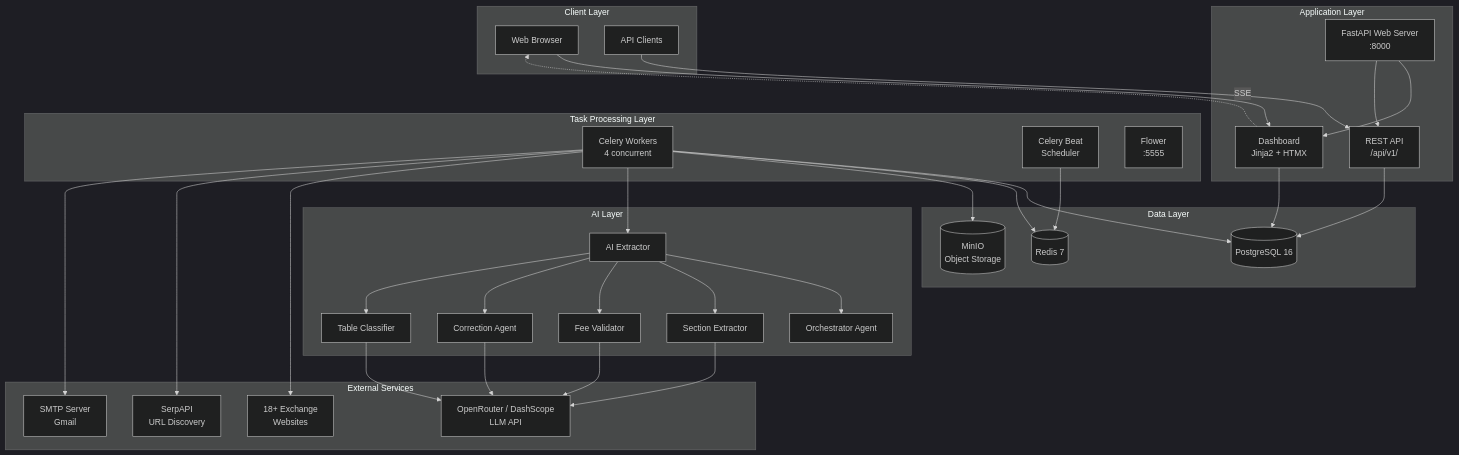
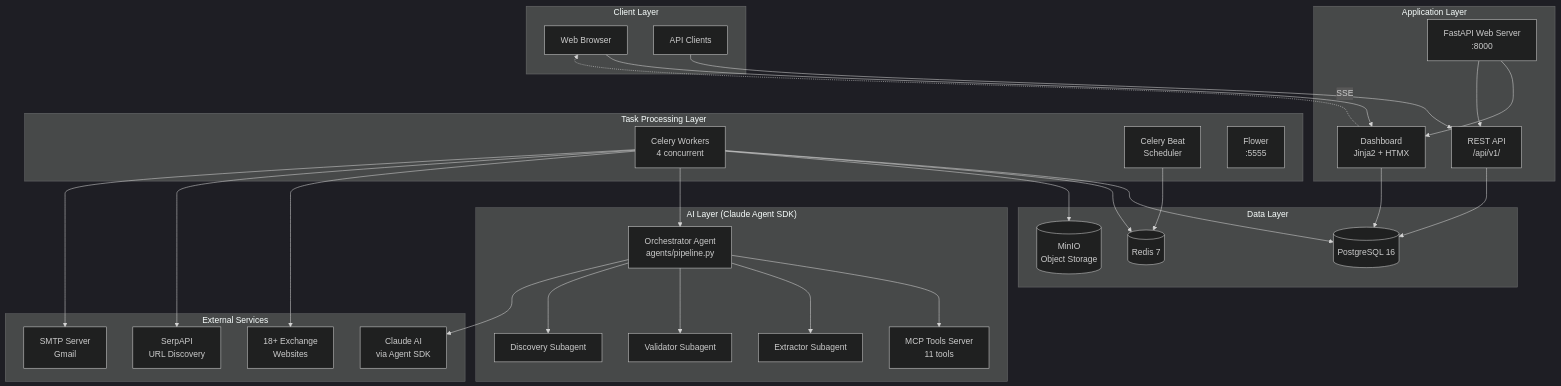
Before and after one commit to seoyds/exnot: the first of 3 diagrams in docs/wiki/Architecture-Overview.md, drawn with Mermaid (dark theme). The commit also changed other lines of this file and 11 other files, not shown here.

First line of the commit message:
docs: update wiki to reflect Claude Agent SDK migration

````diff
--- a/docs/wiki/Architecture-Overview.md
+++ b/docs/wiki/Architecture-Overview.md
@@ -7,70 +7,65 @@
 ```mermaid
 graph TB
     subgraph "Client Layer"
         Browser[Web Browser]
         APIClient[API Clients]
     end
 
     subgraph "Application Layer"
         Web[FastAPI Web Server<br/>:8000]
         Dashboard[Dashboard<br/>Jinja2 + HTMX]
         API[REST API<br/>/api/v1/]
     end
 
     subgraph "Task Processing Layer"
         Worker[Celery Workers<br/>4 concurrent]
         Beat[Celery Beat<br/>Scheduler]
         Flower[Flower<br/>:5555]
     end
 
-    subgraph "AI Layer"
-        AIExtractor[AI Extractor]
-        Orchestrator[Orchestrator Agent]
-        SectionExtractor[Section Extractor]
-        Validator[Fee Validator]
-        Correction[Correction Agent]
-        TableClassifier[Table Classifier]
+    subgraph "AI Layer (Claude Agent SDK)"
+        Orchestrator[Orchestrator Agent<br/>agents/pipeline.py]
+        MCPTools[MCP Tools Server<br/>11 tools]
+        Extractor[Extractor Subagent]
+        Validator[Validator Subagent]
+        DiscoveryAgent[Discovery Subagent]
     end
 
     subgraph "Data Layer"
         PG[(PostgreSQL 16)]
         Redis[(Redis 7)]
         MinIO[(MinIO<br/>Object Storage)]
     end
 
     subgraph "External Services"
-        OpenRouter[OpenRouter / DashScope<br/>LLM API]
+        Claude[Claude AI<br/>via Agent SDK]
         Exchanges[18+ Exchange<br/>Websites]
         SerpAPI[SerpAPI<br/>URL Discovery]
         SMTP[SMTP Server<br/>Gmail]
     end
 
     Browser --> Dashboard
     APIClient --> API
     Web --> Dashboard
     Web --> API
     Dashboard -.->|SSE| Browser
 
     API --> PG
     Dashboard --> PG
     Worker --> PG
     Worker --> Redis
     Worker --> MinIO
     Beat --> Redis
 
-    Worker --> AIExtractor
-    AIExtractor --> Orchestrator
-    AIExtractor --> SectionExtractor
-    AIExtractor --> Validator
-    AIExtractor --> Correction
-    AIExtractor --> TableClassifier
+    Worker --> Orchestrator
+    Orchestrator --> MCPTools
+    Orchestrator --> Extractor
+    Orchestrator --> Validator
+    Orchestrator --> DiscoveryAgent
 
-    SectionExtractor --> OpenRouter
-    Validator --> OpenRouter
-    Correction --> OpenRouter
-    TableClassifier --> OpenRouter
+    Orchestrator --> Claude
 
     Worker --> Exchanges
     Worker --> SerpAPI
     Worker --> SMTP
 ```
````
